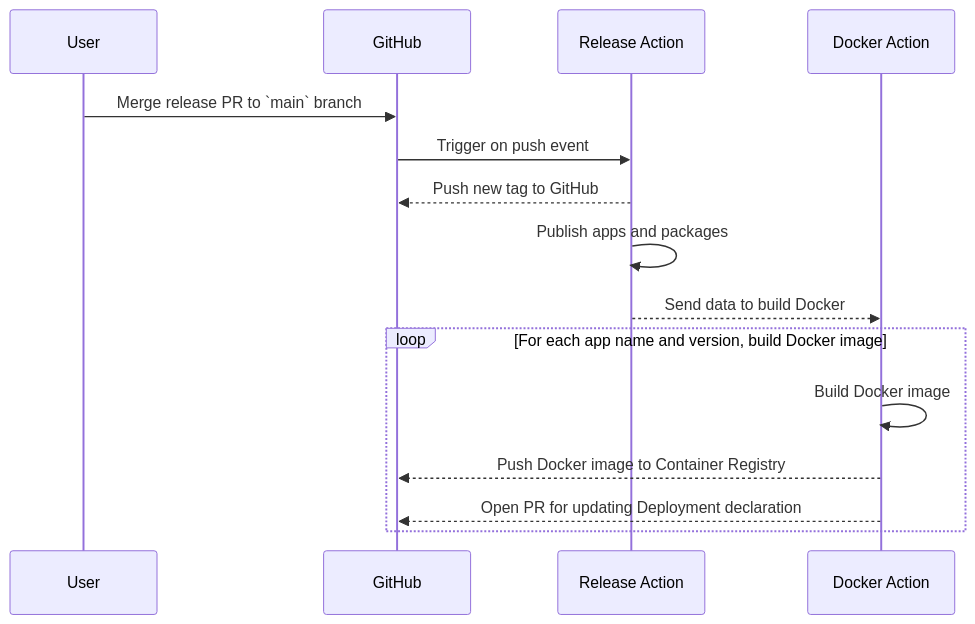
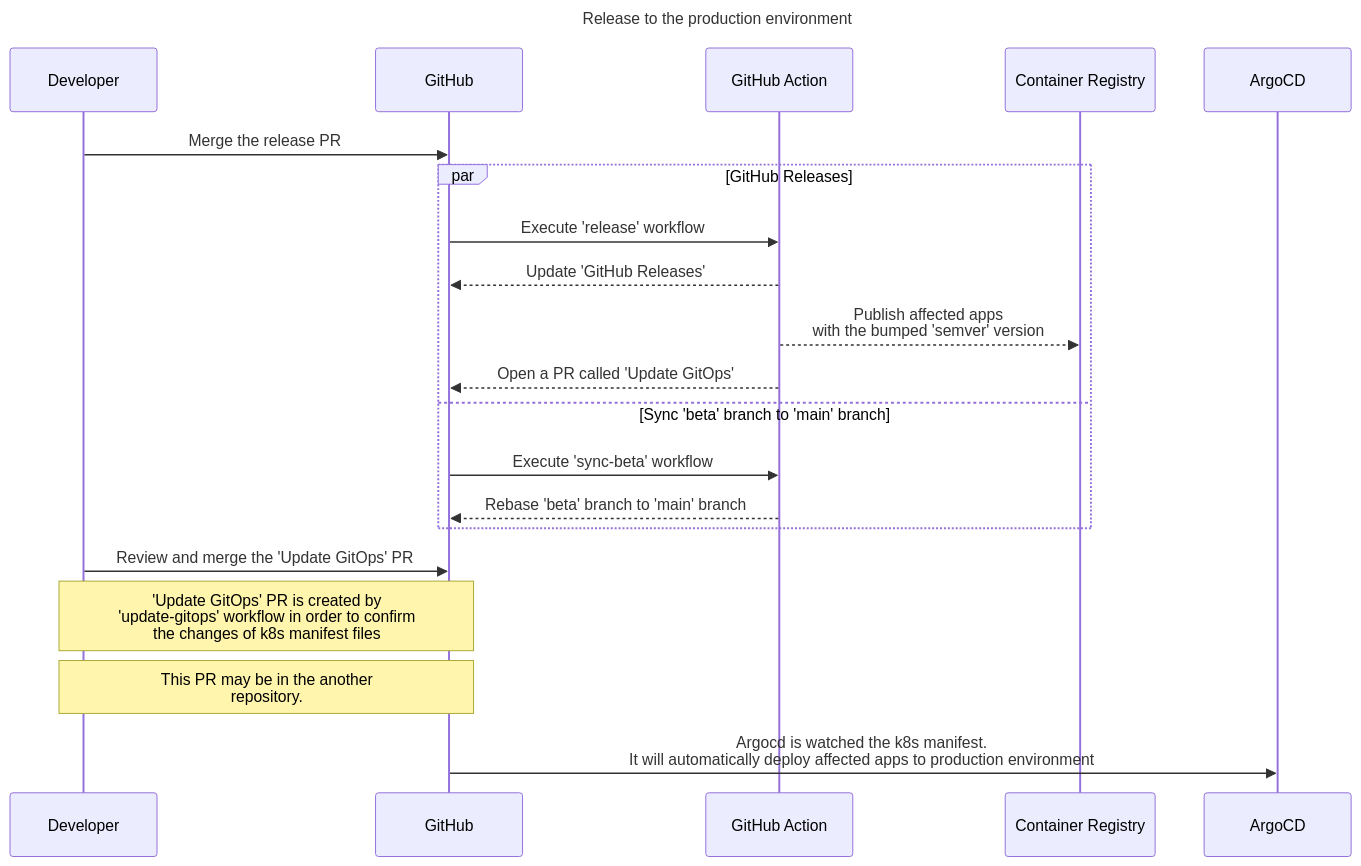
The seventh of 7 diagrams in README.md (saenyakorn/monorepo-versioning-gitops), drawn with Mermaid before and after one commit. The commit also changed other lines of this file and 11 other files, not shown here.

````diff
--- a/README.md
+++ b/README.md
@@ -22,14 +247,20 @@
 ```mermaid
+---
+title: Release to the production environment
+---
 sequenceDiagram
-   User->>GitHub: Merge release PR to `main` branch
-   GitHub->>Release Action: Trigger on push event
-   Release Action-->>GitHub: Push new tag to GitHub
-   Release Action->>Release Action: Publish apps and packages
-   Release Action-->>Docker Action: Send data to build Docker
-
-   loop For each app name and version, build Docker image
-      Docker Action->>Docker Action: Build Docker image
-      Docker Action-->>GitHub: Push Docker image to Container Registry
-      Docker Action-->>GitHub: Open PR for updating Deployment declaration
+   Developer->>GitHub: Merge the release PR
+   par GitHub Releases
+      GitHub ->> GitHub Action: Execute 'release' workflow
+      GitHub Action -->> GitHub: Update 'GitHub Releases'
+      GitHub Action -->> Container Registry: Publish affected apps <br/> with the bumped 'semver' version
+      GitHub Action -->> GitHub: Open a PR called 'Update GitOps'
+   and Sync 'beta' branch to 'main' branch
+      GitHub ->> GitHub Action: Execute 'sync-beta' workflow
+      GitHub Action -->> GitHub: Rebase 'beta' branch to 'main' branch
    end
+   Developer ->> GitHub: Review and merge the 'Update GitOps' PR
+   Note over Developer, GitHub: 'Update GitOps' PR is created by <br/> 'update-gitops' workflow in order to confirm <br/> the changes of k8s manifest files
+   Note over Developer, GitHub: This PR may be in the another <br/> repository.
+   GitHub ->> ArgoCD: Argocd is watched the k8s manifest. <br/> It will automatically deploy affected apps to production environment
 ```
````
